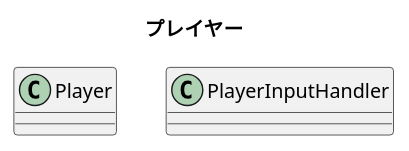
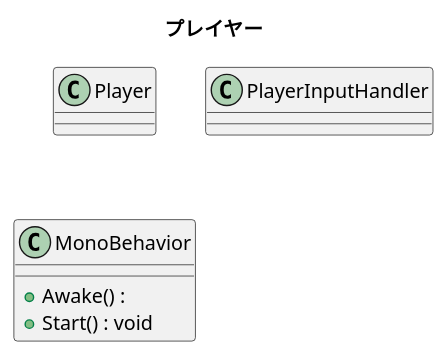
One commit to Yocchi3191/bokensya-chan changed the diagram in Documents/uml/Player.pu. Above: the diagram before and after it, drawn with PlantUML.

Commit message:
2024年11月28日 14:56

```diff
--- a/Documents/uml/Player.pu
+++ b/Documents/uml/Player.pu
@@ -1,9 +1,12 @@
 @startuml
 title プレイヤー
 skinparam Linetype ortho
 
 class Player{}
 class PlayerInputHandler{}
-
+class MonoBehavior{
+	+ Awake() : 
+	+ Start() : void
+}
 
 @enduml
```
